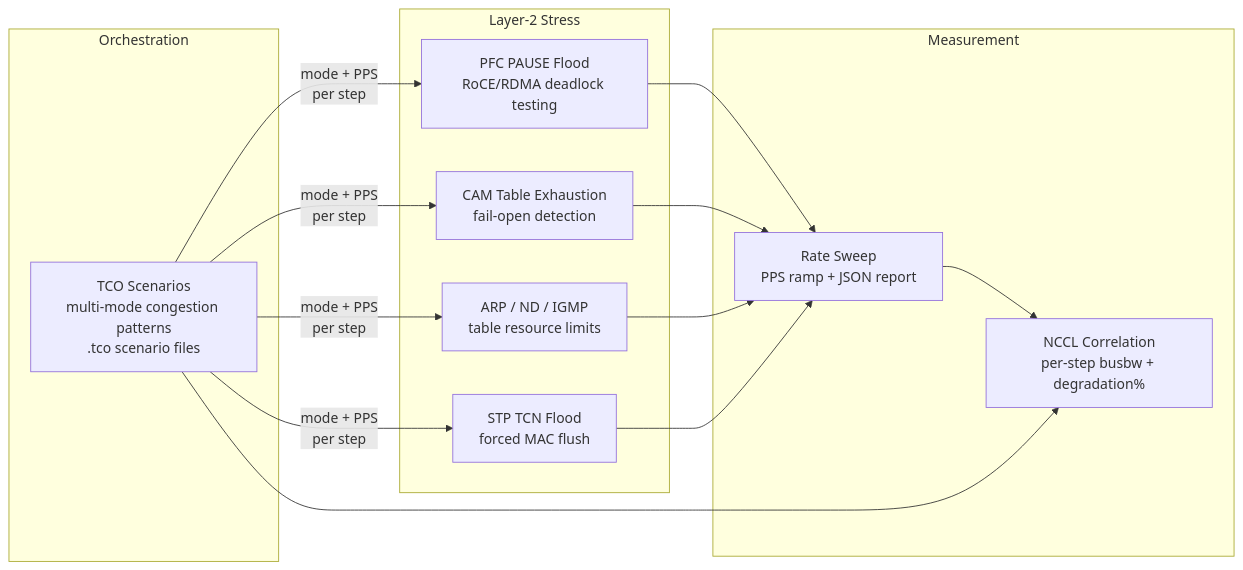
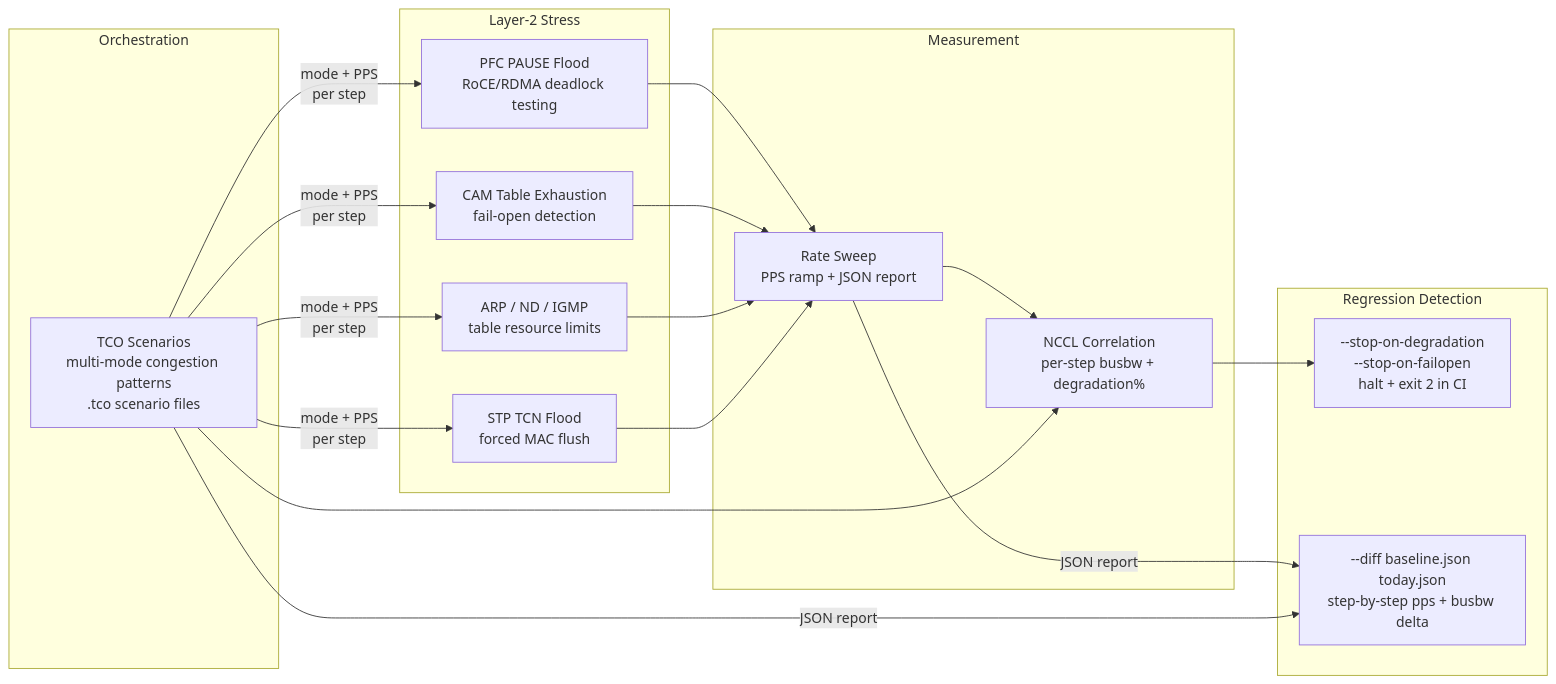
The first of 10 diagrams in README.md (mstits/Basidium), drawn with Mermaid before and after one commit. The commit also changed other lines of this file and 11 other files, not shown here.

````diff
--- a/README.md
+++ b/README.md
@@ -30,23 +51,30 @@
 ```mermaid
 graph LR
     subgraph "Layer-2 Stress"
         PFC["PFC PAUSE Flood<br/>RoCE/RDMA deadlock testing"]
         CAM["CAM Table Exhaustion<br/>fail-open detection"]
         ARP["ARP / ND / IGMP<br/>table resource limits"]
         STP["STP TCN Flood<br/>forced MAC flush"]
     end
 
     subgraph "Measurement"
         SWEEP["Rate Sweep<br/>PPS ramp + JSON report"]
         NCCL["NCCL Correlation<br/>per-step busbw + degradation%"]
     end
 
     subgraph "Orchestration"
         TCO["TCO Scenarios<br/>multi-mode congestion patterns<br/>.tco scenario files"]
     end
 
+    subgraph "Regression Detection"
+        STOP["--stop-on-degradation<br/>--stop-on-failopen<br/>halt + exit 2 in CI"]
+        DIFF["--diff baseline.json today.json<br/>step-by-step pps + busbw delta"]
+    end
+
     PFC & CAM & ARP & STP --> SWEEP
     SWEEP --> NCCL
     TCO --> |"mode + PPS<br/>per step"| PFC & CAM & ARP & STP
     TCO --> NCCL
+    NCCL --> STOP
+    SWEEP & TCO --> |"JSON report"| DIFF
 ```
````
